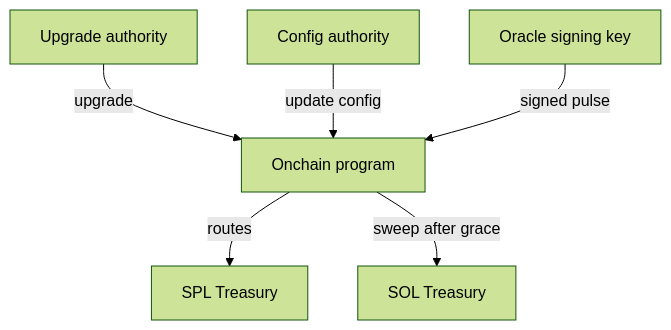
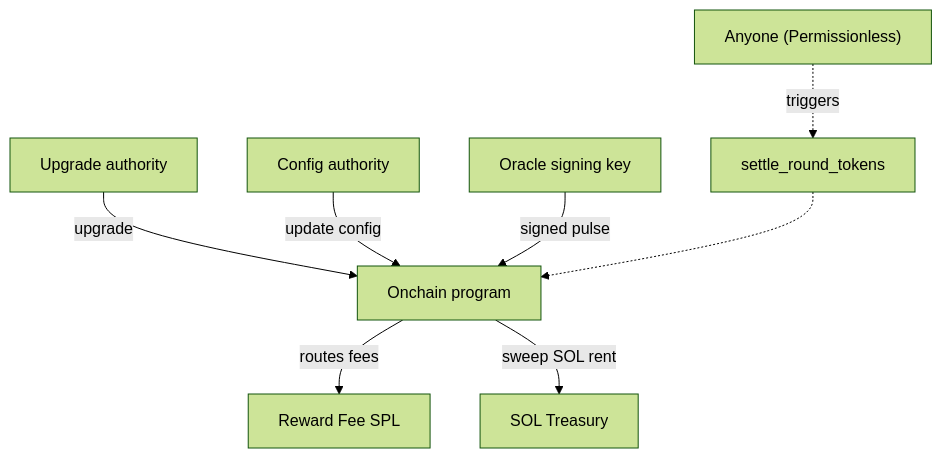
One commit to TIMLG-Protocol/timlg-protocol changed the diagram in docs/security/authorities.md. Above: the diagram before and after it, drawn with Mermaid (forest theme). The commit also changed 47 other files, not shown here.

Commit message:
docs: full English translation, roadmap redesign, and devnet beta bundle sync

````diff
--- a/docs/security/authorities.md
+++ b/docs/security/authorities.md
@@ -38,8 +38,10 @@
 ```mermaid
 flowchart TD
   UA["Upgrade authority"] -->|upgrade| P["Onchain program"]
   CA["Config authority"] -->|update config| P
   OK["Oracle signing key"] -->|signed pulse| P
-  P -->|routes| SPL["SPL Treasury"]
-  P -->|sweep after grace| SOL["SOL Treasury"]
+  P -->|routes fees| SPL["Reward Fee SPL"]
+  P -->|sweep SOL rent| SOL["SOL Treasury"]
+  U["Anyone (Permissionless)"] -.->|triggers| S["settle_round_tokens"]
+  S -.-> P
 ```
````
